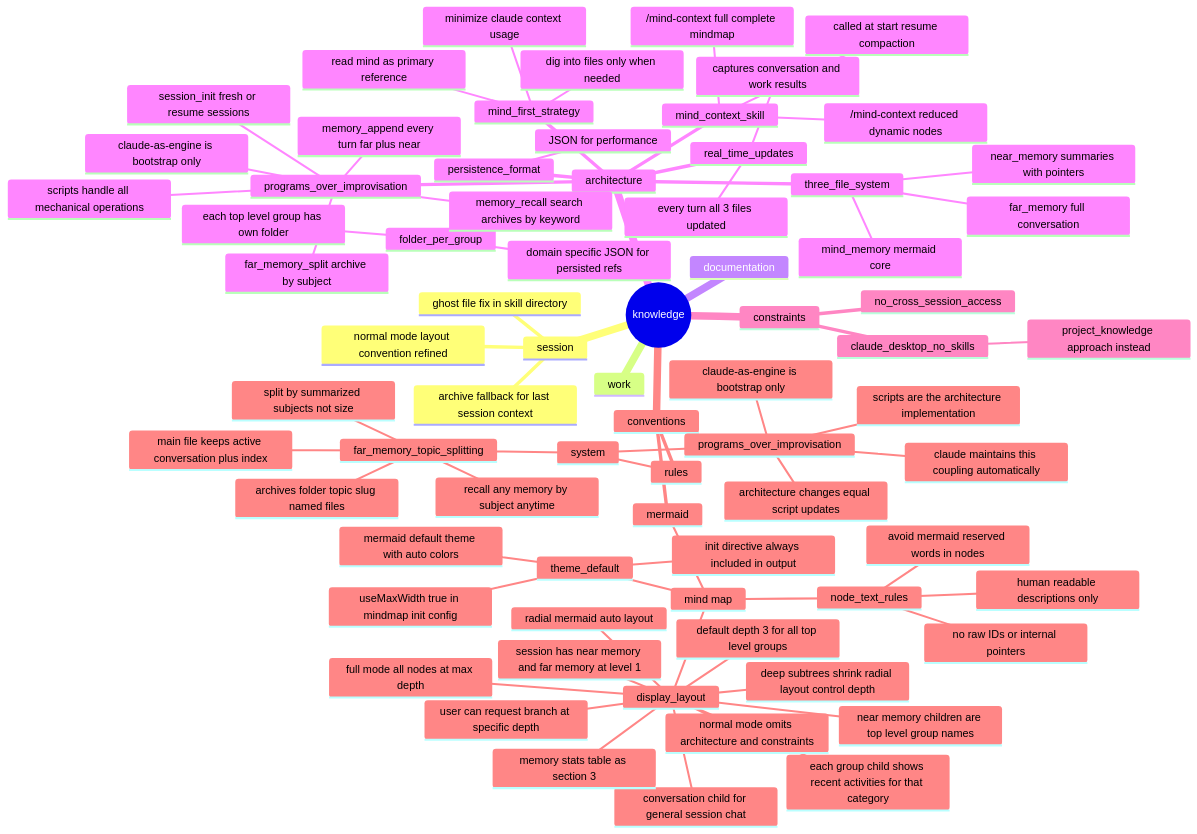
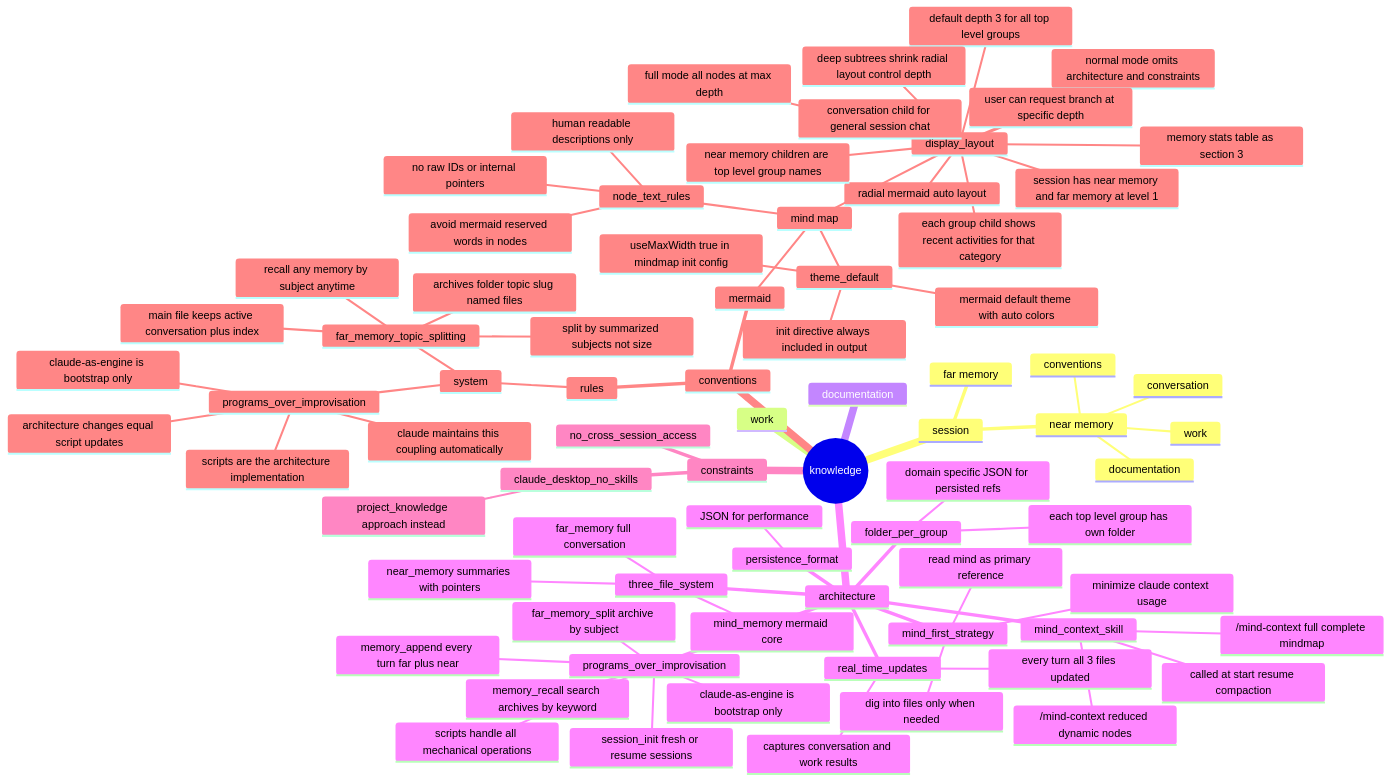
The diagram in mind/mind_memory.md (packetqc/K_DOCS), drawn with Mermaid before and after one commit. The commit also changed 4 other files, not shown here.

````diff
--- a/mind/mind_memory.md
+++ b/mind/mind_memory.md
@@ -1,78 +1,81 @@
 ```mermaid
-%%{init: {'theme': 'default'}}%%
+%%{init: {'theme': 'default', 'mindmap': {'useMaxWidth': true}}}%%
 mindmap
   root((knowledge))
     session
-      archive fallback for last session context
-      ghost file fix in skill directory
-      normal mode layout convention refined
+      near memory
+        conversation
+        conventions
+        work
+        documentation
+      far memory
     work
     documentation
     architecture
       persistence_format
         JSON for performance
       three_file_system
         far_memory full conversation
         near_memory summaries with pointers
         mind_memory mermaid core
       mind_first_strategy
         read mind as primary reference
         dig into files only when needed
         minimize claude context usage
       real_time_updates
         every turn all 3 files updated
         captures conversation and work results
       folder_per_group
         each top level group has own folder
         domain specific JSON for persisted refs
       mind_context_skill
         /mind-context reduced dynamic nodes
         /mind-context full complete mindmap
         called at start resume compaction
       programs_over_improvisation
         claude-as-engine is bootstrap only
         scripts handle all mechanical operations
         memory_append every turn far plus near
         far_memory_split archive by subject
         memory_recall search archives by keyword
         session_init fresh or resume sessions
     constraints
       no_cross_session_access
       claude_desktop_no_skills
         project_knowledge approach instead
     conventions
       rules
         system
           programs_over_improvisation
             claude-as-engine is bootstrap only
             scripts are the architecture implementation
             architecture changes equal script updates
             claude maintains this coupling automatically
           far_memory_topic_splitting
             split by summarized subjects not size
             archives folder topic slug named files
             main file keeps active conversation plus index
             recall any memory by subject anytime
       mermaid
         mind map
           display_layout
             radial mermaid auto layout
             default depth 3 for all top level groups
             normal mode omits architecture and constraints
             deep subtrees shrink radial layout control depth
             full mode all nodes at max depth
             user can request branch at specific depth
             session has near memory and far memory at level 1
             near memory children are top level group names
             each group child shows recent activities for that category
             conversation child for general session chat
             memory stats table as section 3
           theme_default
             mermaid default theme with auto colors
             init directive always included in output
             useMaxWidth true in mindmap init config
           node_text_rules
             human readable descriptions only
             no raw IDs or internal pointers
             avoid mermaid reserved words in nodes
 ```
````
